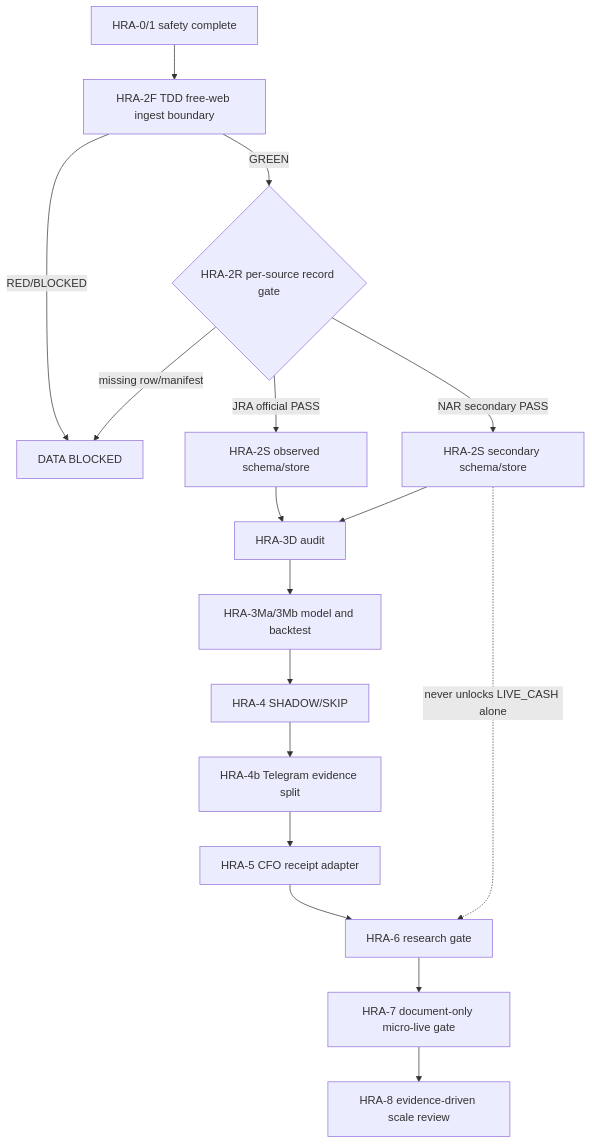
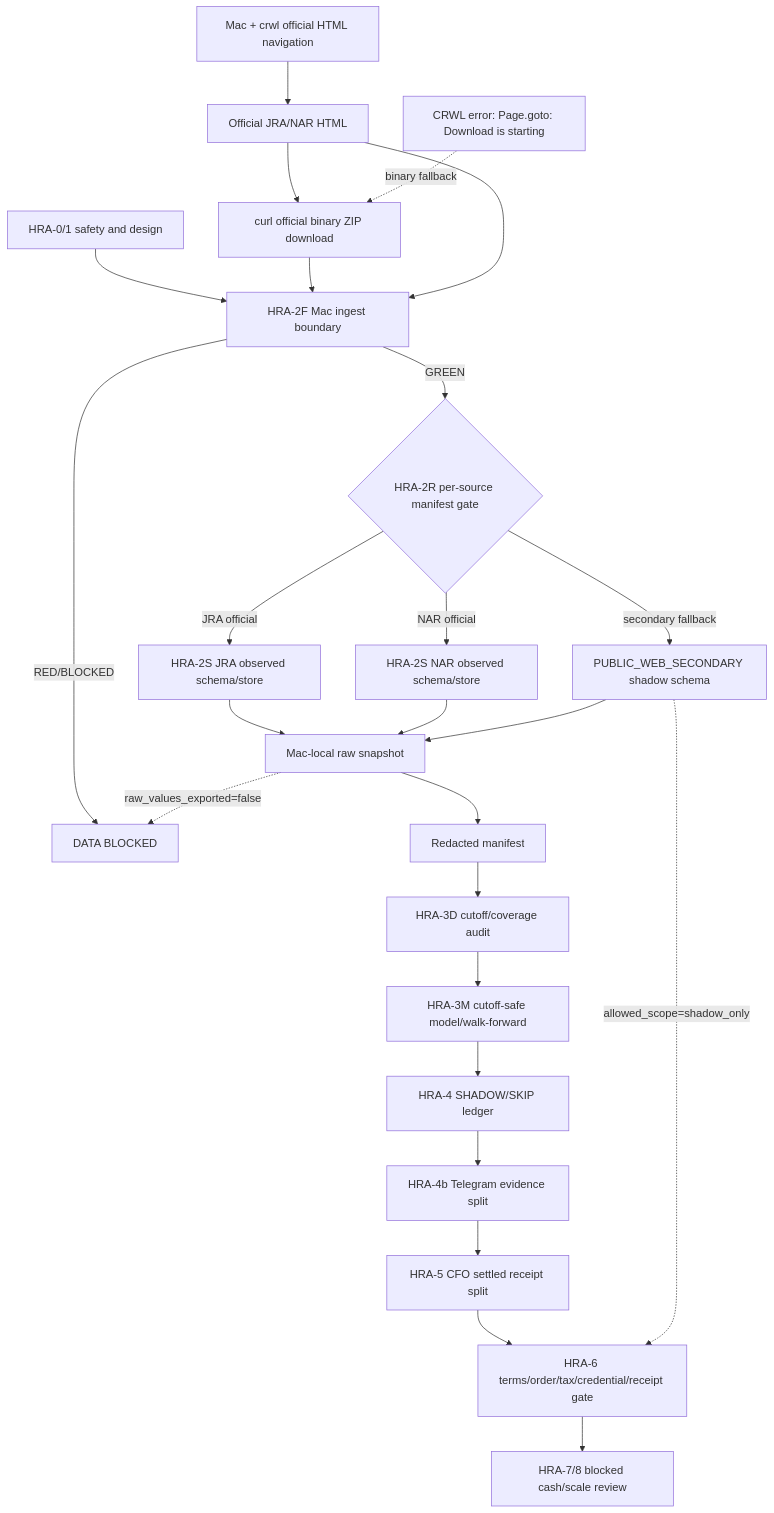
Before and after one commit to Daisuke134/anicca: the diagram in docs/superpowers/plans/2026-08-09-life-manager-horse-racing-agent.md, drawn with Mermaid. The commit also changed other lines of this file, not shown here.

Commit message:
docs(horse-racing): update NAR official execution plan

```diff
--- a/docs/superpowers/plans/2026-08-09-life-manager-horse-racing-agent.md
+++ b/docs/superpowers/plans/2026-08-09-life-manager-horse-racing-agent.md
@@ -40,19 +44,27 @@
 ~~~mermaid
 flowchart TD
-  A[HRA-0/1 safety complete] --> B[HRA-2F TDD free-web ingest boundary]
+  A[HRA-0/1 safety and design] --> B[HRA-2F Mac ingest boundary]
+  P[Mac + crwl official HTML navigation] --> H[Official JRA/NAR HTML]
+  H --> D[curl official binary ZIP download]
+  E[CRWL error: Page.goto: Download is starting] -. binary fallback .-> D
+  D --> B
+  H --> B
   B -- RED/BLOCKED --> X[DATA BLOCKED]
-  B -- GREEN --> G{HRA-2R per-source record gate}
-  G -- JRA official PASS --> J[HRA-2S observed schema/store]
-  G -- NAR secondary PASS --> N[HRA-2S secondary schema/store]
-  G -- missing row/manifest --> X
-  J --> D[HRA-3D audit]
-  N --> D
-  D --> M[HRA-3Ma/3Mb model and backtest]
-  M --> S[HRA-4 SHADOW/SKIP]
-  S --> T[HRA-4b Telegram evidence split]
-  T --> C[HRA-5 CFO receipt adapter]
-  C --> R[HRA-6 research gate]
-  R --> Q[HRA-7 document-only micro-live gate]
-  Q --> Z[HRA-8 evidence-driven scale review]
-  N -. never unlocks LIVE_CASH alone .-> R
+  B -- GREEN --> G{HRA-2R per-source manifest gate}
+  G -- JRA official --> J[HRA-2S JRA observed schema/store]
+  G -- NAR official --> N[HRA-2S NAR observed schema/store]
+  G -- secondary fallback --> S[PUBLIC_WEB_SECONDARY shadow schema]
+  J --> R[Mac-local raw snapshot]
+  N --> R
+  S --> R
+  R --> M[Redacted manifest]
+  M --> A2[HRA-3D cutoff/coverage audit]
+  A2 --> W[HRA-3M cutoff-safe model/walk-forward]
+  W --> L[HRA-4 SHADOW/SKIP ledger]
+  L --> T[HRA-4b Telegram evidence split]
+  T --> C[HRA-5 CFO settled receipt split]
+  C --> Q[HRA-6 terms/order/tax/credential/receipt gate]
+  Q --> Z[HRA-7/8 blocked cash/scale review]
+  S -. allowed_scope=shadow_only .-> Q
+  R -. raw_values_exported=false .-> X
 ~~~
```
